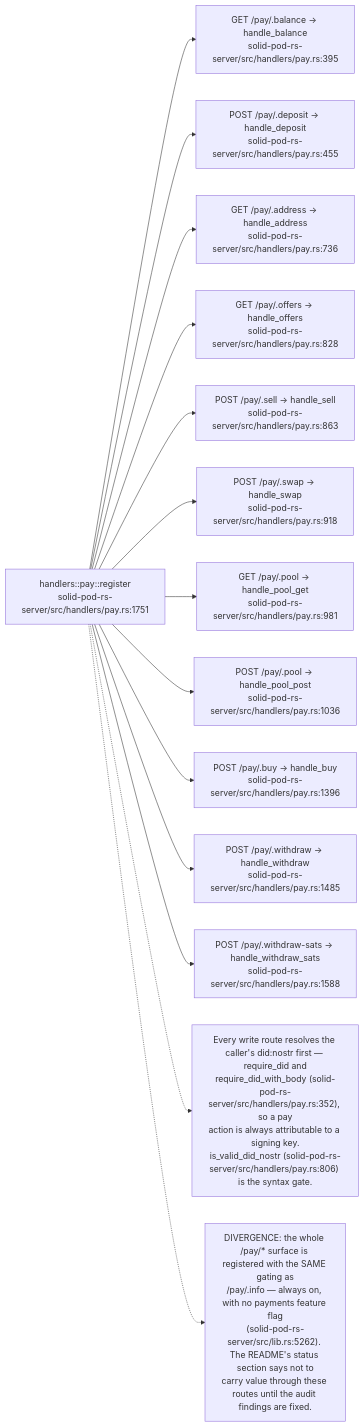
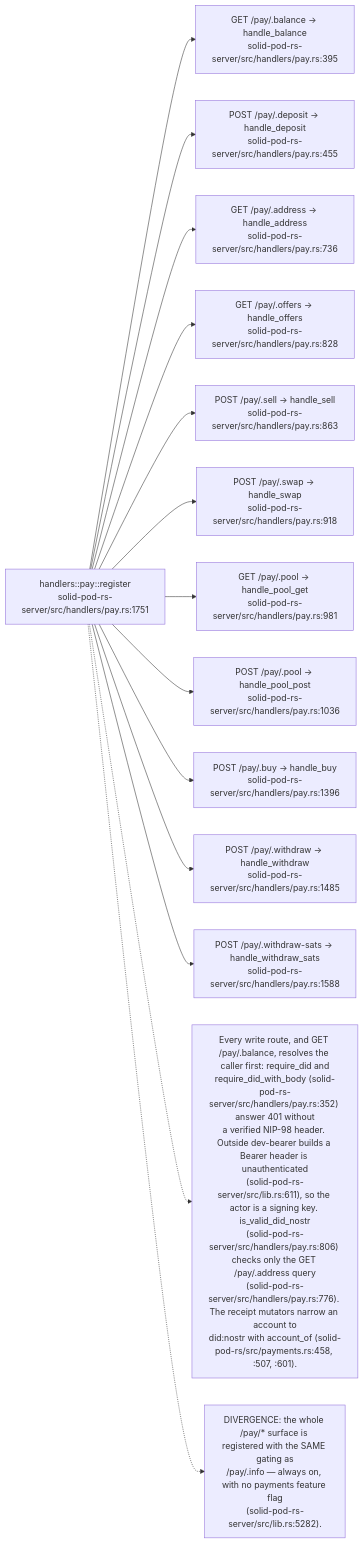
Before and after one commit to DreamLab-AI/VisionFlow: diagram 13 of 19 in docs/diagrams/solid-pod-rs/07-provenance-and-payments.md, drawn with Mermaid. The commit also changed other lines of this file and 47 other files, not shown here.

First line of the commit message:
docs(audit): wave 1 completes Solid, loom and dream-machine; rebinds stale claims

````diff
--- a/docs/diagrams/solid-pod-rs/07-provenance-and-payments.md
+++ b/docs/diagrams/solid-pod-rs/07-provenance-and-payments.md
@@ -363,32 +368,32 @@
 ```mermaid
 flowchart LR
     REG["handlers::pay::register<br/>solid-pod-rs-server/src/handlers/pay.rs:1751"]
     BAL["GET /pay/.balance -> handle_balance<br/>solid-pod-rs-server/src/handlers/pay.rs:395"]
     DEP["POST /pay/.deposit -> handle_deposit<br/>solid-pod-rs-server/src/handlers/pay.rs:455"]
     ADDR["GET /pay/.address -> handle_address<br/>solid-pod-rs-server/src/handlers/pay.rs:736"]
     OFF["GET /pay/.offers -> handle_offers<br/>solid-pod-rs-server/src/handlers/pay.rs:828"]
     SELL["POST /pay/.sell -> handle_sell<br/>solid-pod-rs-server/src/handlers/pay.rs:863"]
     SWAP["POST /pay/.swap -> handle_swap<br/>solid-pod-rs-server/src/handlers/pay.rs:918"]
     POOLG["GET /pay/.pool -> handle_pool_get<br/>solid-pod-rs-server/src/handlers/pay.rs:981"]
     POOLP["POST /pay/.pool -> handle_pool_post<br/>solid-pod-rs-server/src/handlers/pay.rs:1036"]
     BUY["POST /pay/.buy -> handle_buy<br/>solid-pod-rs-server/src/handlers/pay.rs:1396"]
     WD["POST /pay/.withdraw -> handle_withdraw<br/>solid-pod-rs-server/src/handlers/pay.rs:1485"]
     WDS["POST /pay/.withdraw-sats -> handle_withdraw_sats<br/>solid-pod-rs-server/src/handlers/pay.rs:1588"]
 
     REG --> BAL
     REG --> DEP
     REG --> ADDR
     REG --> OFF
     REG --> SELL
     REG --> SWAP
     REG --> POOLG
     REG --> POOLP
     REG --> BUY
     REG --> WD
     REG --> WDS
 
-    N["Every write route resolves the caller's did:nostr first — require_did and<br/>require_did_with_body (solid-pod-rs-server/src/handlers/pay.rs:352), so a pay<br/>action is always attributable to a signing key.<br/>is_valid_did_nostr (solid-pod-rs-server/src/handlers/pay.rs:806) is the syntax gate."]
+    N["Every write route, and GET /pay/.balance, resolves the caller first: require_did and<br/>require_did_with_body (solid-pod-rs-server/src/handlers/pay.rs:352) answer 401 without<br/>a verified NIP-98 header. Outside dev-bearer builds a Bearer header is unauthenticated<br/>(solid-pod-rs-server/src/lib.rs:611), so the actor is a signing key. is_valid_did_nostr<br/>(solid-pod-rs-server/src/handlers/pay.rs:806) checks only the GET /pay/.address query<br/>(solid-pod-rs-server/src/handlers/pay.rs:776). The receipt mutators narrow an account to<br/>did:nostr with account_of (solid-pod-rs/src/payments.rs:458, :507, :601)."]
     REG -.-> N
-    N2["DIVERGENCE: the whole /pay/* surface is registered with the SAME gating as<br/>/pay/.info — always on, with no payments feature flag<br/>(solid-pod-rs-server/src/lib.rs:5262). The README's status section says not to<br/>carry value through these routes until the audit findings are fixed."]
+    N2["DIVERGENCE: the whole /pay/* surface is registered with the SAME gating as<br/>/pay/.info — always on, with no payments feature flag<br/>(solid-pod-rs-server/src/lib.rs:5282)."]
     REG -.-> N2
 ```
````
